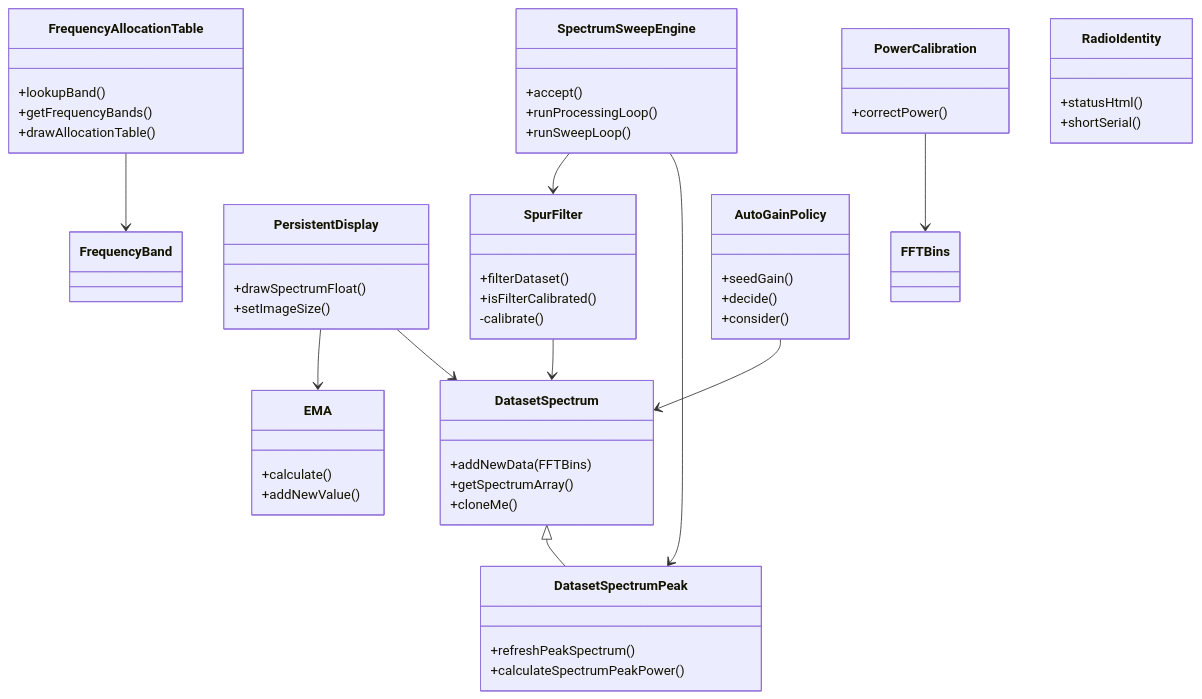
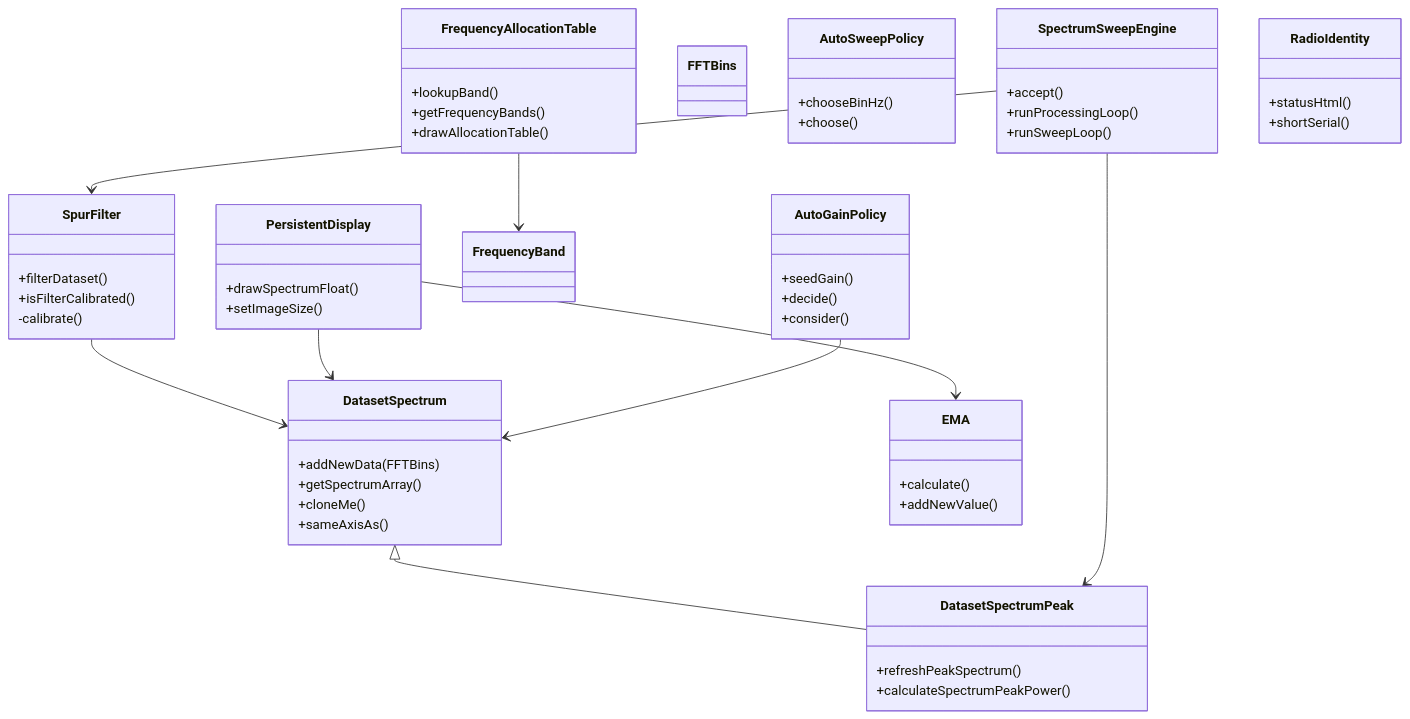
The fourth of 7 diagrams in docs/architecture.md (chris-piekarski/hot-iron), drawn with Mermaid before and after one commit. The commit also changed other lines of this file and 133 other files, not shown here.

````diff
--- a/docs/architecture.md
+++ b/docs/architecture.md
@@ -103,59 +232,60 @@
 ```mermaid
 classDiagram
     class DatasetSpectrum {
         +addNewData(FFTBins)
         +getSpectrumArray()
         +cloneMe()
+        +sameAxisAs()
     }
     class DatasetSpectrumPeak {
         +refreshPeakSpectrum()
         +calculateSpectrumPeakPower()
     }
     class SpurFilter {
         +filterDataset()
         +isFilterCalibrated()
         -calibrate()
     }
     class PersistentDisplay {
         +drawSpectrumFloat()
         +setImageSize()
     }
     class EMA {
         +calculate()
         +addNewValue()
     }
-    class PowerCalibration {
-        +correctPower()
-    }
     class FrequencyAllocationTable {
         +lookupBand()
         +getFrequencyBands()
         +drawAllocationTable()
     }
     class FrequencyBand
     class FFTBins
     class AutoGainPolicy {
         +seedGain()
         +decide()
         +consider()
+    }
+    class AutoSweepPolicy {
+        +chooseBinHz()
+        +choose()
     }
     class SpectrumSweepEngine {
         +accept()
         +runProcessingLoop()
         +runSweepLoop()
     }
     class RadioIdentity {
         +statusHtml()
         +shortSerial()
     }
 
     DatasetSpectrum <|-- DatasetSpectrumPeak
     SpurFilter --> DatasetSpectrum
     PersistentDisplay --> DatasetSpectrum
     PersistentDisplay --> EMA
-    PowerCalibration --> FFTBins
     FrequencyAllocationTable --> FrequencyBand
     SpectrumSweepEngine --> DatasetSpectrumPeak
     SpectrumSweepEngine --> SpurFilter
     AutoGainPolicy --> DatasetSpectrum
 ```
````
